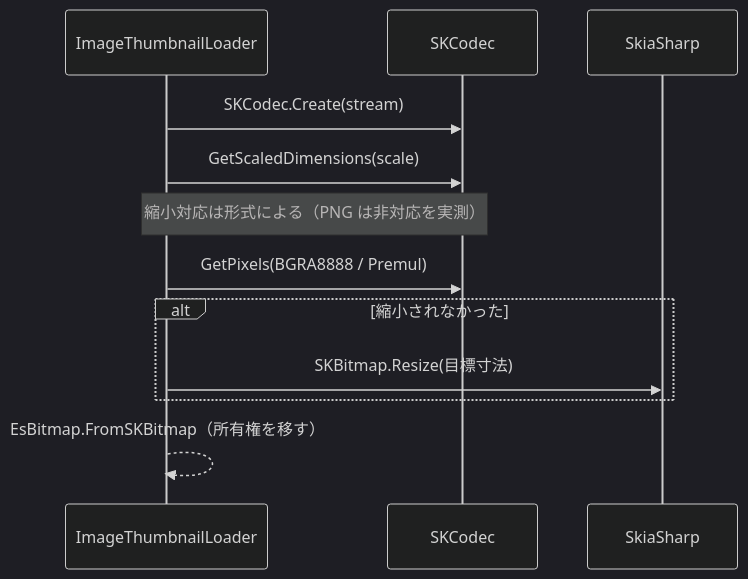
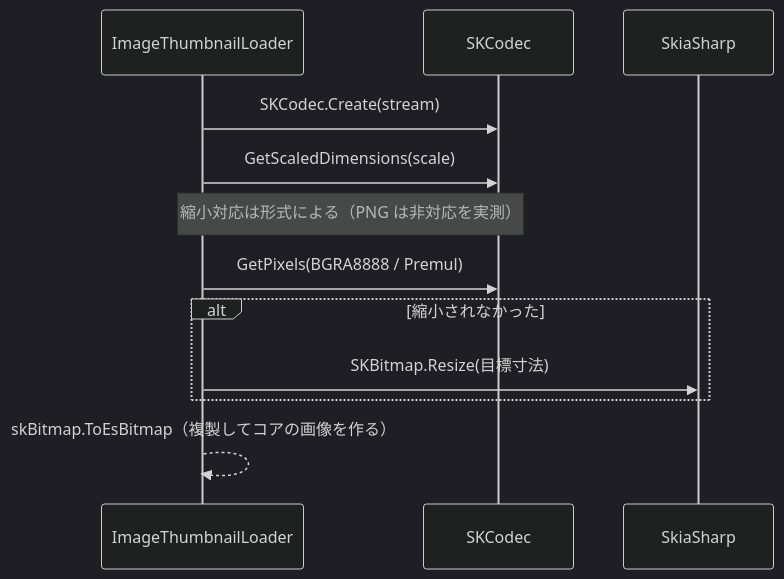
Before and after one commit to tomokuni/SaveEvidence: the sixth of 12 diagrams in src/App.MewUI/docs/SPEC_System.md, drawn with Mermaid (dark theme). The commit also changed other lines of this file and 33 other files, not shown here.

````diff
--- a/src/App.MewUI/docs/SPEC_System.md
+++ b/src/App.MewUI/docs/SPEC_System.md
@@ -447,15 +447,15 @@
 ```mermaid
 sequenceDiagram
     participant IL as ImageThumbnailLoader
     participant CO as SKCodec
     participant SK as SkiaSharp
 
     IL->>CO: SKCodec.Create(stream)
     IL->>CO: GetScaledDimensions(scale)
     Note over IL,CO: 縮小対応は形式による（PNG は非対応を実測）
     IL->>CO: GetPixels(BGRA8888 / Premul)
     alt 縮小されなかった
         IL->>SK: SKBitmap.Resize(目標寸法)
     end
-    IL-->>IL: EsBitmap.FromSKBitmap（所有権を移す）
+    IL-->>IL: skBitmap.ToEsBitmap（複製してコアの画像を作る）
 ```
````
